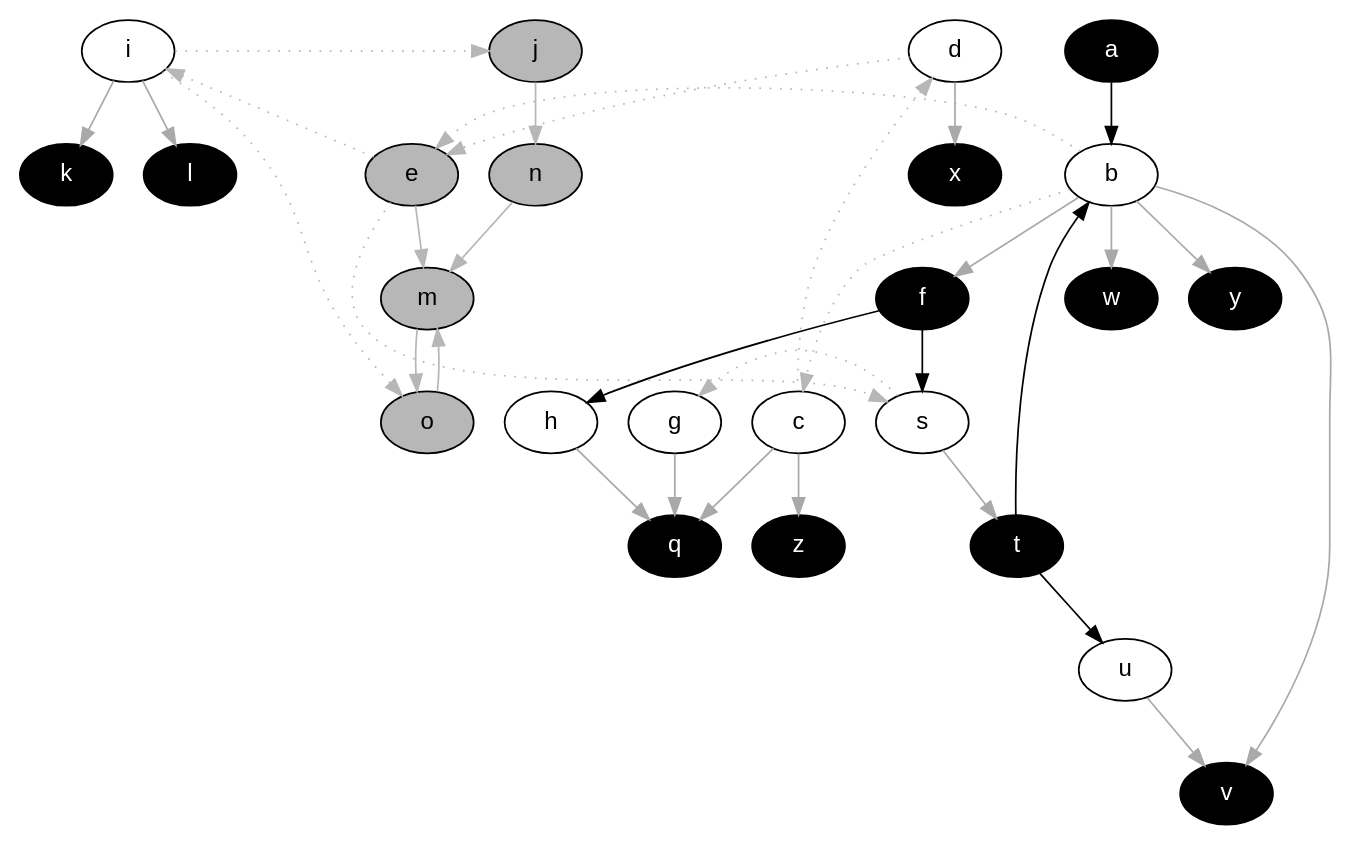
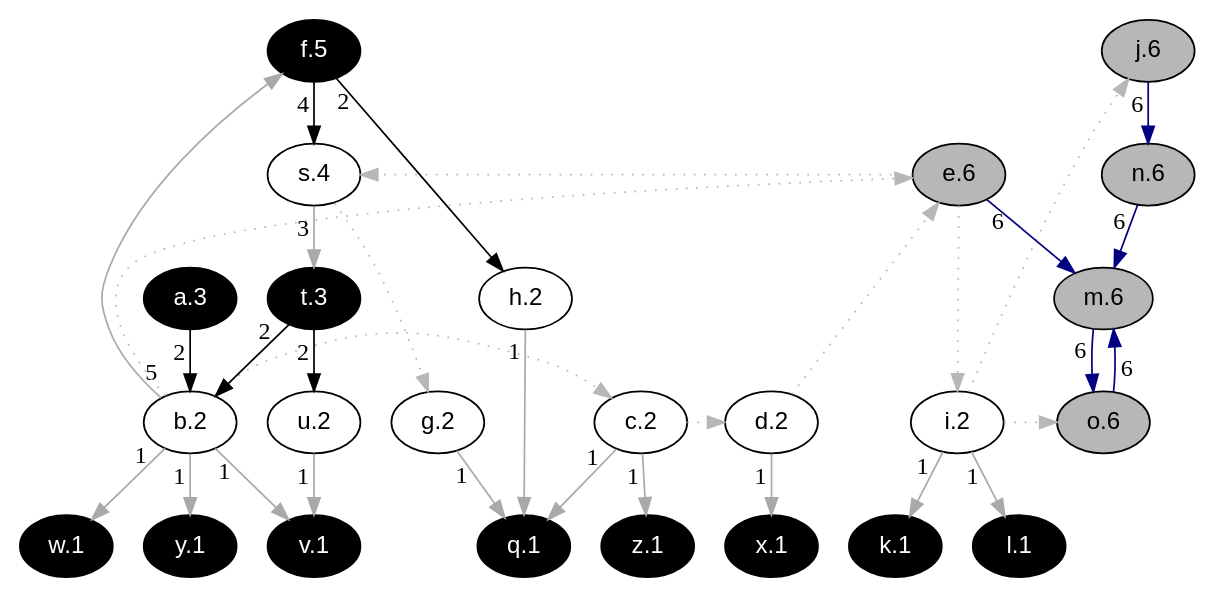
Before and after one commit to idaks/Games-and-Argumentation: the diagram in IDCC-2024/graphs/kernel_graph_colored.dot, drawn with Graphviz. The commit also changed 13 other files, not shown here.

```diff
--- a/IDCC-2024/graphs/kernel_graph_colored.dot
+++ b/IDCC-2024/graphs/kernel_graph_colored.dot
@@ -1,44 +1,73 @@
 digraph G {
   rankdir="TB"
   node [shape=oval style=filled fontname=Helvetica fontsize=14]
-  node [fillcolor="#ffffff" fontcolor="#000000"] b c d s g h i u
-  node [fillcolor="#000000" fontcolor="#ffffff"] a t f k l q v w x y z
-  node [fillcolor="#b7b7b7" fontcolor="#000000"] e j m o n
-  edge [dir=forward color="#000000" style="solid"]
+  node [fillcolor="#ffffff" fontcolor="#000000"] 
+       b[label="b.2"] 
+       c[label="c.2"] 
+       d[label="d.2"] 
+       s[label="s.4"] 
+       g[label="g.2"] 
+       h[label="h.2"] 
+       i[label="i.2"] 
+       u[label="u.2"]
+  node [fillcolor="#000000" fontcolor="#ffffff"] 
+       a[label="a.3"] 
+       t[label="t.3"] 
+       f[label="f.5"] 
+       k[label="k.1"] 
+       l[label="l.1"] 
+       q[label="q.1"] 
+       v[label="v.1"] 
+       w[label="w.1"] 
+       x[label="x.1"] 
+       y[label="y.1"] 
+       z[label="z.1"]
+  node [fillcolor="#b7b7b7" fontcolor="#000000"] 
+       e[label="e.6"] 
+       j[label="j.6"] 
+       m[label="m.6"] 
+       o[label="o.6"] 
+       n[label="n.6"]
+  edge [dir=forward color="#000000" style="solid" taillabel="2" labeldistance=1.5]
         "a" -> "b" 
         "t" -> "b" 
         "f" -> "h" 
-        "f" -> "s" 
         "t" -> "u" 
-  edge [dir=forward color="#A9A9A9" style="solid"]
+  edge [dir=forward color="#A9A9A9" style="solid" taillabel="5" labeldistance=1.5]
         "b" -> "f" 
+  edge [dir=forward color="#A9A9A9" style="solid" taillabel="1" labeldistance=1.5]
         "i" -> "k" 
         "i" -> "l" 
         "g" -> "q" 
         "h" -> "q" 
         "c" -> "q" 
-        "s" -> "t" 
         "b" -> "v" 
         "u" -> "v" 
         "b" -> "w" 
         "d" -> "x" 
         "b" -> "y" 
         "c" -> "z" 
-  edge [dir=forward color="#b7b7b7" style="solid"]
+  edge [dir=forward color="#000080" style="solid" taillabel="6" labeldistance=1.5]
         "e" -> "m" 
         "o" -> "m" 
         "n" -> "m" 
         "j" -> "n" 
         "m" -> "o" 
-  edge [dir=forward color="#b7b7b7" style="dotted" constraint=false]
+  edge [dir=forward color="#000000" style="solid" taillabel="4" labeldistance=1.5]
+        "f" -> "s" 
+  edge [dir=forward color="#A9A9A9" style="solid" taillabel="3" labeldistance=1.5]
+        "s" -> "t" 
+  edge [dir=forward color="#b7b7b7" style="dotted" constraint=false taillabel=" " labeldistance=1.5]
         "b" -> "c" 
         "c" -> "d" 
         "b" -> "e" 
         "d" -> "e" 
         "s" -> "g" 
         "e" -> "i" 
         "i" -> "j" 
         "i" -> "o" 
         "e" -> "s" 
 
+  {rank = max k l q v w x y z}
+  {rank = min f}
 }
```
